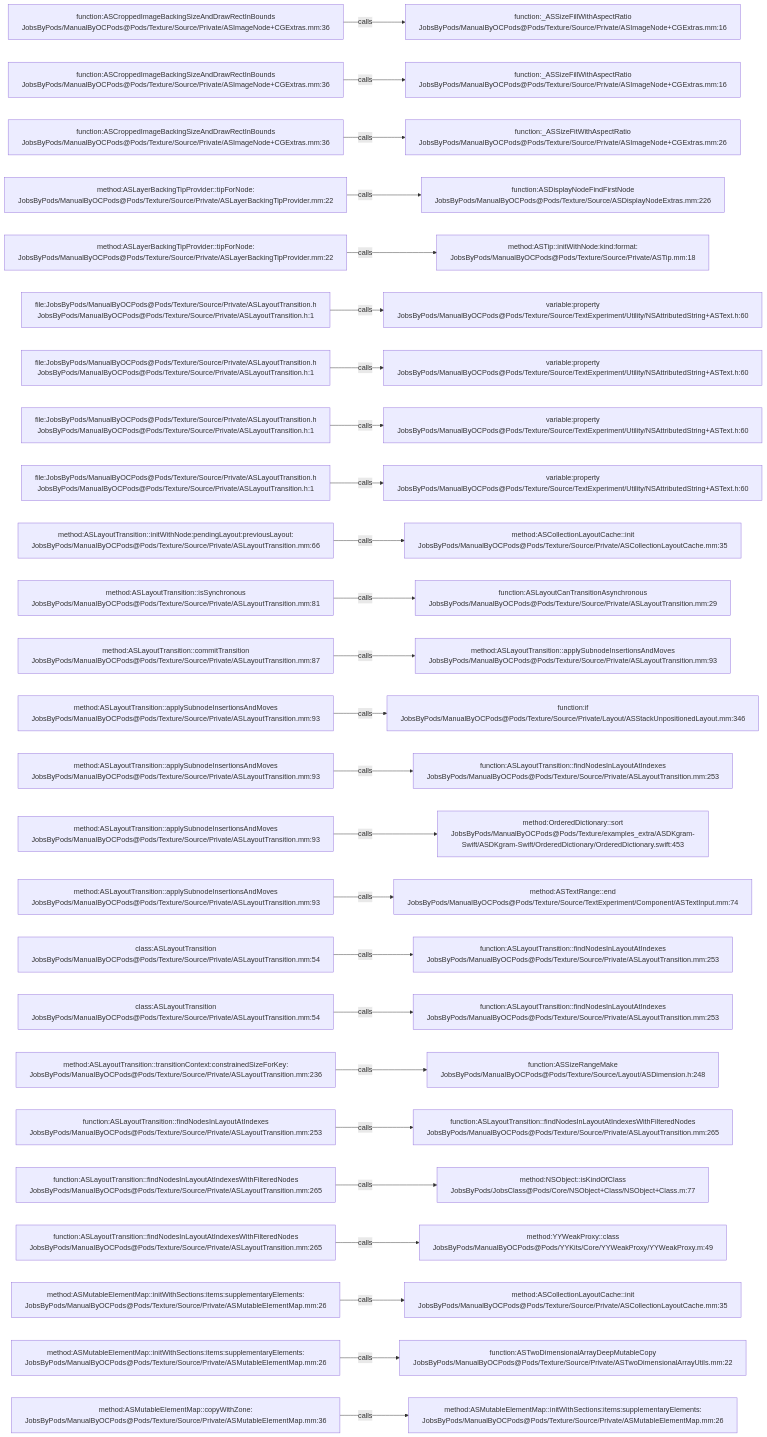
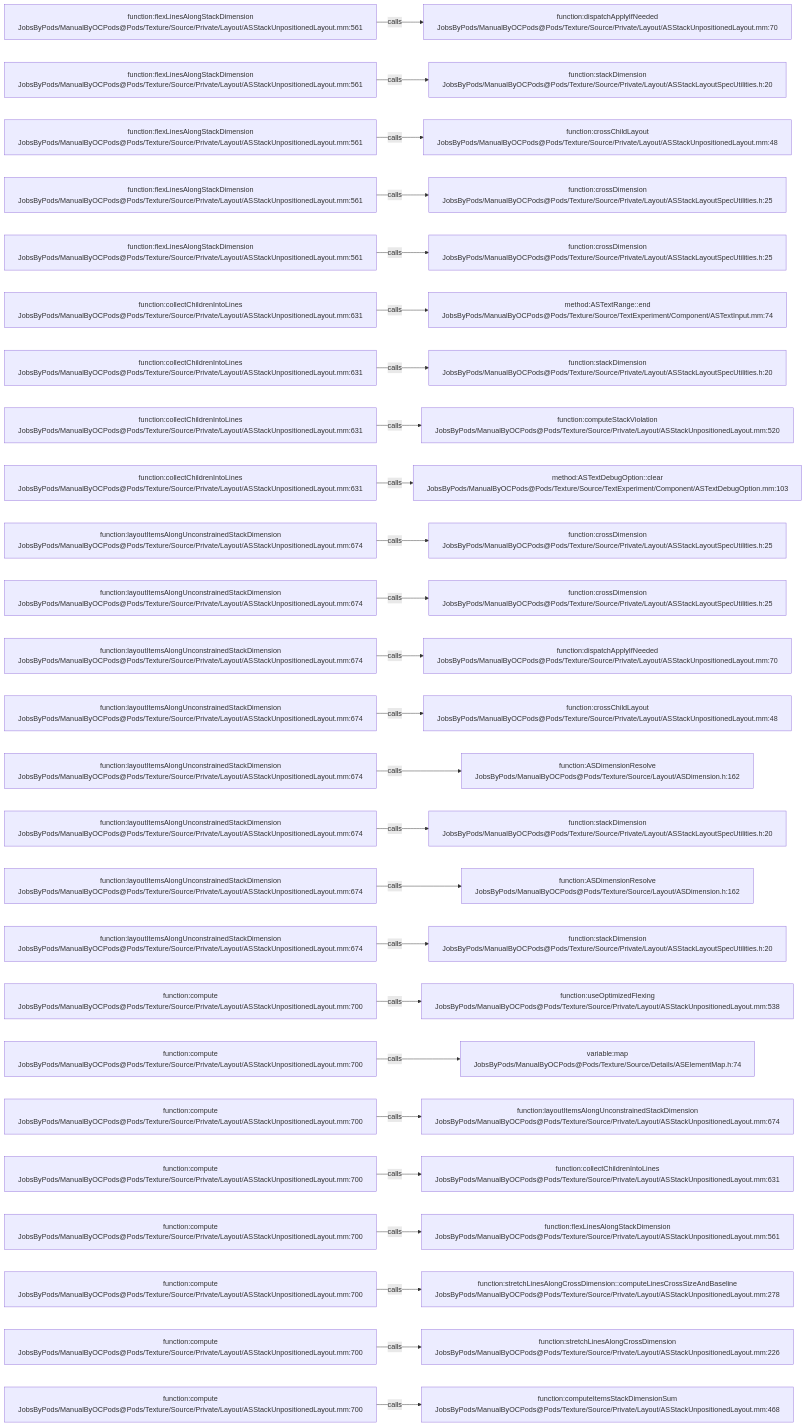
One commit to JobsKits/JobsOCBaseConfigDemo changed the diagram in .codegraph/codegraph.md/graphs/calls-198.md. Above: the diagram before and after it, drawn with Mermaid. The commit also changed 1223 other files, not shown here.

````diff
--- a/.codegraph/codegraph.md/graphs/calls-198.md
+++ b/.codegraph/codegraph.md/graphs/calls-198.md
@@ -13,78 +13,78 @@
 ```mermaid
 flowchart LR
-  S1["function:ASCroppedImageBackingSizeAndDrawRectInBounds<br/>JobsByPods/ManualByOCPods@Pods/Texture/Source/Private/ASImageNode+CGExtras.mm:36"]
-  T1["function:_ASSizeFillWithAspectRatio<br/>JobsByPods/ManualByOCPods@Pods/Texture/Source/Private/ASImageNode+CGExtras.mm:16"]
+  S1["function:flexLinesAlongStackDimension<br/>JobsByPods/ManualByOCPods@Pods/Texture/Source/Private/Layout/ASStackUnpositionedLayout.mm:561"]
+  T1["function:dispatchApplyIfNeeded<br/>JobsByPods/ManualByOCPods@Pods/Texture/Source/Private/Layout/ASStackUnpositionedLayout.mm:70"]
   S1 -->|calls| T1
-  S2["function:ASCroppedImageBackingSizeAndDrawRectInBounds<br/>JobsByPods/ManualByOCPods@Pods/Texture/Source/Private/ASImageNode+CGExtras.mm:36"]
-  T2["function:_ASSizeFillWithAspectRatio<br/>JobsByPods/ManualByOCPods@Pods/Texture/Source/Private/ASImageNode+CGExtras.mm:16"]
+  S2["function:flexLinesAlongStackDimension<br/>JobsByPods/ManualByOCPods@Pods/Texture/Source/Private/Layout/ASStackUnpositionedLayout.mm:561"]
+  T2["function:stackDimension<br/>JobsByPods/ManualByOCPods@Pods/Texture/Source/Private/Layout/ASStackLayoutSpecUtilities.h:20"]
   S2 -->|calls| T2
-  S3["function:ASCroppedImageBackingSizeAndDrawRectInBounds<br/>JobsByPods/ManualByOCPods@Pods/Texture/Source/Private/ASImageNode+CGExtras.mm:36"]
-  T3["function:_ASSizeFitWithAspectRatio<br/>JobsByPods/ManualByOCPods@Pods/Texture/Source/Private/ASImageNode+CGExtras.mm:26"]
+  S3["function:flexLinesAlongStackDimension<br/>JobsByPods/ManualByOCPods@Pods/Texture/Source/Private/Layout/ASStackUnpositionedLayout.mm:561"]
+  T3["function:crossChildLayout<br/>JobsByPods/ManualByOCPods@Pods/Texture/Source/Private/Layout/ASStackUnpositionedLayout.mm:48"]
   S3 -->|calls| T3
-  S4["method:ASLayerBackingTipProvider::tipForNode:<br/>JobsByPods/ManualByOCPods@Pods/Texture/Source/Private/ASLayerBackingTipProvider.mm:22"]
-  T4["function:ASDisplayNodeFindFirstNode<br/>JobsByPods/ManualByOCPods@Pods/Texture/Source/ASDisplayNodeExtras.mm:226"]
+  S4["function:flexLinesAlongStackDimension<br/>JobsByPods/ManualByOCPods@Pods/Texture/Source/Private/Layout/ASStackUnpositionedLayout.mm:561"]
+  T4["function:crossDimension<br/>JobsByPods/ManualByOCPods@Pods/Texture/Source/Private/Layout/ASStackLayoutSpecUtilities.h:25"]
   S4 -->|calls| T4
-  S5["method:ASLayerBackingTipProvider::tipForNode:<br/>JobsByPods/ManualByOCPods@Pods/Texture/Source/Private/ASLayerBackingTipProvider.mm:22"]
-  T5["method:ASTip::initWithNode:kind:format:<br/>JobsByPods/ManualByOCPods@Pods/Texture/Source/Private/ASTip.mm:18"]
+  S5["function:flexLinesAlongStackDimension<br/>JobsByPods/ManualByOCPods@Pods/Texture/Source/Private/Layout/ASStackUnpositionedLayout.mm:561"]
+  T5["function:crossDimension<br/>JobsByPods/ManualByOCPods@Pods/Texture/Source/Private/Layout/ASStackLayoutSpecUtilities.h:25"]
   S5 -->|calls| T5
-  S6["file:JobsByPods/ManualByOCPods@Pods/Texture/Source/Private/ASLayoutTransition.h<br/>JobsByPods/ManualByOCPods@Pods/Texture/Source/Private/ASLayoutTransition.h:1"]
-  T6["variable:property<br/>JobsByPods/ManualByOCPods@Pods/Texture/Source/TextExperiment/Utility/NSAttributedString+ASText.h:60"]
+  S6["function:collectChildrenIntoLines<br/>JobsByPods/ManualByOCPods@Pods/Texture/Source/Private/Layout/ASStackUnpositionedLayout.mm:631"]
+  T6["method:ASTextRange::end<br/>JobsByPods/ManualByOCPods@Pods/Texture/Source/TextExperiment/Component/ASTextInput.mm:74"]
   S6 -->|calls| T6
-  S7["file:JobsByPods/ManualByOCPods@Pods/Texture/Source/Private/ASLayoutTransition.h<br/>JobsByPods/ManualByOCPods@Pods/Texture/Source/Private/ASLayoutTransition.h:1"]
-  T7["variable:property<br/>JobsByPods/ManualByOCPods@Pods/Texture/Source/TextExperiment/Utility/NSAttributedString+ASText.h:60"]
+  S7["function:collectChildrenIntoLines<br/>JobsByPods/ManualByOCPods@Pods/Texture/Source/Private/Layout/ASStackUnpositionedLayout.mm:631"]
+  T7["function:stackDimension<br/>JobsByPods/ManualByOCPods@Pods/Texture/Source/Private/Layout/ASStackLayoutSpecUtilities.h:20"]
   S7 -->|calls| T7
-  S8["file:JobsByPods/ManualByOCPods@Pods/Texture/Source/Private/ASLayoutTransition.h<br/>JobsByPods/ManualByOCPods@Pods/Texture/Source/Private/ASLayoutTransition.h:1"]
-  T8["variable:property<br/>JobsByPods/ManualByOCPods@Pods/Texture/Source/TextExperiment/Utility/NSAttributedString+ASText.h:60"]
+  S8["function:collectChildrenIntoLines<br/>JobsByPods/ManualByOCPods@Pods/Texture/Source/Private/Layout/ASStackUnpositionedLayout.mm:631"]
+  T8["function:computeStackViolation<br/>JobsByPods/ManualByOCPods@Pods/Texture/Source/Private/Layout/ASStackUnpositionedLayout.mm:520"]
   S8 -->|calls| T8
-  S9["file:JobsByPods/ManualByOCPods@Pods/Texture/Source/Private/ASLayoutTransition.h<br/>JobsByPods/ManualByOCPods@Pods/Texture/Source/Private/ASLayoutTransition.h:1"]
-  T9["variable:property<br/>JobsByPods/ManualByOCPods@Pods/Texture/Source/TextExperiment/Utility/NSAttributedString+ASText.h:60"]
+  S9["function:collectChildrenIntoLines<br/>JobsByPods/ManualByOCPods@Pods/Texture/Source/Private/Layout/ASStackUnpositionedLayout.mm:631"]
+  T9["method:ASTextDebugOption::clear<br/>JobsByPods/ManualByOCPods@Pods/Texture/Source/TextExperiment/Component/ASTextDebugOption.mm:103"]
   S9 -->|calls| T9
-  S10["method:ASLayoutTransition::initWithNode:pendingLayout:previousLayout:<br/>JobsByPods/ManualByOCPods@Pods/Texture/Source/Private/ASLayoutTransition.mm:66"]
-  T10["method:ASCollectionLayoutCache::init<br/>JobsByPods/ManualByOCPods@Pods/Texture/Source/Private/ASCollectionLayoutCache.mm:35"]
+  S10["function:layoutItemsAlongUnconstrainedStackDimension<br/>JobsByPods/ManualByOCPods@Pods/Texture/Source/Private/Layout/ASStackUnpositionedLayout.mm:674"]
+  T10["function:crossDimension<br/>JobsByPods/ManualByOCPods@Pods/Texture/Source/Private/Layout/ASStackLayoutSpecUtilities.h:25"]
   S10 -->|calls| T10
-  S11["method:ASLayoutTransition::isSynchronous<br/>JobsByPods/ManualByOCPods@Pods/Texture/Source/Private/ASLayoutTransition.mm:81"]
-  T11["function:ASLayoutCanTransitionAsynchronous<br/>JobsByPods/ManualByOCPods@Pods/Texture/Source/Private/ASLayoutTransition.mm:29"]
+  S11["function:layoutItemsAlongUnconstrainedStackDimension<br/>JobsByPods/ManualByOCPods@Pods/Texture/Source/Private/Layout/ASStackUnpositionedLayout.mm:674"]
+  T11["function:crossDimension<br/>JobsByPods/ManualByOCPods@Pods/Texture/Source/Private/Layout/ASStackLayoutSpecUtilities.h:25"]
   S11 -->|calls| T11
-  S12["method:ASLayoutTransition::commitTransition<br/>JobsByPods/ManualByOCPods@Pods/Texture/Source/Private/ASLayoutTransition.mm:87"]
-  T12["method:ASLayoutTransition::applySubnodeInsertionsAndMoves<br/>JobsByPods/ManualByOCPods@Pods/Texture/Source/Private/ASLayoutTransition.mm:93"]
+  S12["function:layoutItemsAlongUnconstrainedStackDimension<br/>JobsByPods/ManualByOCPods@Pods/Texture/Source/Private/Layout/ASStackUnpositionedLayout.mm:674"]
+  T12["function:dispatchApplyIfNeeded<br/>JobsByPods/ManualByOCPods@Pods/Texture/Source/Private/Layout/ASStackUnpositionedLayout.mm:70"]
   S12 -->|calls| T12
-  S13["method:ASLayoutTransition::applySubnodeInsertionsAndMoves<br/>JobsByPods/ManualByOCPods@Pods/Texture/Source/Private/ASLayoutTransition.mm:93"]
-  T13["function:if<br/>JobsByPods/ManualByOCPods@Pods/Texture/Source/Private/Layout/ASStackUnpositionedLayout.mm:346"]
+  S13["function:layoutItemsAlongUnconstrainedStackDimension<br/>JobsByPods/ManualByOCPods@Pods/Texture/Source/Private/Layout/ASStackUnpositionedLayout.mm:674"]
+  T13["function:crossChildLayout<br/>JobsByPods/ManualByOCPods@Pods/Texture/Source/Private/Layout/ASStackUnpositionedLayout.mm:48"]
   S13 -->|calls| T13
-  S14["method:ASLayoutTransition::applySubnodeInsertionsAndMoves<br/>JobsByPods/ManualByOCPods@Pods/Texture/Source/Private/ASLayoutTransition.mm:93"]
-  T14["function:ASLayoutTransition::findNodesInLayoutAtIndexes<br/>JobsByPods/ManualByOCPods@Pods/Texture/Source/Private/ASLayoutTransition.mm:253"]
+  S14["function:layoutItemsAlongUnconstrainedStackDimension<br/>JobsByPods/ManualByOCPods@Pods/Texture/Source/Private/Layout/ASStackUnpositionedLayout.mm:674"]
+  T14["function:ASDimensionResolve<br/>JobsByPods/ManualByOCPods@Pods/Texture/Source/Layout/ASDimension.h:162"]
   S14 -->|calls| T14
-  S15["method:ASLayoutTransition::applySubnodeInsertionsAndMoves<br/>JobsByPods/ManualByOCPods@Pods/Texture/Source/Private/ASLayoutTransition.mm:93"]
-  T15["method:OrderedDictionary::sort<br/>JobsByPods/ManualByOCPods@Pods/Texture/examples_extra/ASDKgram-Swift/ASDKgram-Swift/OrderedDictionary/OrderedDictionary.swift:453"]
+  S15["function:layoutItemsAlongUnconstrainedStackDimension<br/>JobsByPods/ManualByOCPods@Pods/Texture/Source/Private/Layout/ASStackUnpositionedLayout.mm:674"]
+  T15["function:stackDimension<br/>JobsByPods/ManualByOCPods@Pods/Texture/Source/Private/Layout/ASStackLayoutSpecUtilities.h:20"]
   S15 -->|calls| T15
-  S16["method:ASLayoutTransition::applySubnodeInsertionsAndMoves<br/>JobsByPods/ManualByOCPods@Pods/Texture/Source/Private/ASLayoutTransition.mm:93"]
-  T16["method:ASTextRange::end<br/>JobsByPods/ManualByOCPods@Pods/Texture/Source/TextExperiment/Component/ASTextInput.mm:74"]
+  S16["function:layoutItemsAlongUnconstrainedStackDimension<br/>JobsByPods/ManualByOCPods@Pods/Texture/Source/Private/Layout/ASStackUnpositionedLayout.mm:674"]
+  T16["function:ASDimensionResolve<br/>JobsByPods/ManualByOCPods@Pods/Texture/Source/Layout/ASDimension.h:162"]
   S16 -->|calls| T16
-  S17["class:ASLayoutTransition<br/>JobsByPods/ManualByOCPods@Pods/Texture/Source/Private/ASLayoutTransition.mm:54"]
-  T17["function:ASLayoutTransition::findNodesInLayoutAtIndexes<br/>JobsByPods/ManualByOCPods@Pods/Texture/Source/Private/ASLayoutTransition.mm:253"]
+  S17["function:layoutItemsAlongUnconstrainedStackDimension<br/>JobsByPods/ManualByOCPods@Pods/Texture/Source/Private/Layout/ASStackUnpositionedLayout.mm:674"]
+  T17["function:stackDimension<br/>JobsByPods/ManualByOCPods@Pods/Texture/Source/Private/Layout/ASStackLayoutSpecUtilities.h:20"]
   S17 -->|calls| T17
-  S18["class:ASLayoutTransition<br/>JobsByPods/ManualByOCPods@Pods/Texture/Source/Private/ASLayoutTransition.mm:54"]
-  T18["function:ASLayoutTransition::findNodesInLayoutAtIndexes<br/>JobsByPods/ManualByOCPods@Pods/Texture/Source/Private/ASLayoutTransition.mm:253"]
+  S18["function:compute<br/>JobsByPods/ManualByOCPods@Pods/Texture/Source/Private/Layout/ASStackUnpositionedLayout.mm:700"]
+  T18["function:useOptimizedFlexing<br/>JobsByPods/ManualByOCPods@Pods/Texture/Source/Private/Layout/ASStackUnpositionedLayout.mm:538"]
   S18 -->|calls| T18
-  S19["method:ASLayoutTransition::transitionContext:constrainedSizeForKey:<br/>JobsByPods/ManualByOCPods@Pods/Texture/Source/Private/ASLayoutTransition.mm:236"]
-  T19["function:ASSizeRangeMake<br/>JobsByPods/ManualByOCPods@Pods/Texture/Source/Layout/ASDimension.h:248"]
+  S19["function:compute<br/>JobsByPods/ManualByOCPods@Pods/Texture/Source/Private/Layout/ASStackUnpositionedLayout.mm:700"]
+  T19["variable:map<br/>JobsByPods/ManualByOCPods@Pods/Texture/Source/Details/ASElementMap.h:74"]
   S19 -->|calls| T19
-  S20["function:ASLayoutTransition::findNodesInLayoutAtIndexes<br/>JobsByPods/ManualByOCPods@Pods/Texture/Source/Private/ASLayoutTransition.mm:253"]
-  T20["function:ASLayoutTransition::findNodesInLayoutAtIndexesWithFilteredNodes<br/>JobsByPods/ManualByOCPods@Pods/Texture/Source/Private/ASLayoutTransition.mm:265"]
+  S20["function:compute<br/>JobsByPods/ManualByOCPods@Pods/Texture/Source/Private/Layout/ASStackUnpositionedLayout.mm:700"]
+  T20["function:layoutItemsAlongUnconstrainedStackDimension<br/>JobsByPods/ManualByOCPods@Pods/Texture/Source/Private/Layout/ASStackUnpositionedLayout.mm:674"]
   S20 -->|calls| T20
-  S21["function:ASLayoutTransition::findNodesInLayoutAtIndexesWithFilteredNodes<br/>JobsByPods/ManualByOCPods@Pods/Texture/Source/Private/ASLayoutTransition.mm:265"]
-  T21["method:NSObject::isKindOfClass<br/>JobsByPods/JobsClass@Pods/Core/NSObject+Class/NSObject+Class.m:77"]
+  S21["function:compute<br/>JobsByPods/ManualByOCPods@Pods/Texture/Source/Private/Layout/ASStackUnpositionedLayout.mm:700"]
+  T21["function:collectChildrenIntoLines<br/>JobsByPods/ManualByOCPods@Pods/Texture/Source/Private/Layout/ASStackUnpositionedLayout.mm:631"]
   S21 -->|calls| T21
-  S22["function:ASLayoutTransition::findNodesInLayoutAtIndexesWithFilteredNodes<br/>JobsByPods/ManualByOCPods@Pods/Texture/Source/Private/ASLayoutTransition.mm:265"]
-  T22["method:YYWeakProxy::class<br/>JobsByPods/ManualByOCPods@Pods/YYKits/Core/YYWeakProxy/YYWeakProxy.m:49"]
+  S22["function:compute<br/>JobsByPods/ManualByOCPods@Pods/Texture/Source/Private/Layout/ASStackUnpositionedLayout.mm:700"]
+  T22["function:flexLinesAlongStackDimension<br/>JobsByPods/ManualByOCPods@Pods/Texture/Source/Private/Layout/ASStackUnpositionedLayout.mm:561"]
   S22 -->|calls| T22
-  S23["method:ASMutableElementMap::initWithSections:items:supplementaryElements:<br/>JobsByPods/ManualByOCPods@Pods/Texture/Source/Private/ASMutableElementMap.mm:26"]
-  T23["method:ASCollectionLayoutCache::init<br/>JobsByPods/ManualByOCPods@Pods/Texture/Source/Private/ASCollectionLayoutCache.mm:35"]
+  S23["function:compute<br/>JobsByPods/ManualByOCPods@Pods/Texture/Source/Private/Layout/ASStackUnpositionedLayout.mm:700"]
+  T23["function:stretchLinesAlongCrossDimension::computeLinesCrossSizeAndBaseline<br/>JobsByPods/ManualByOCPods@Pods/Texture/Source/Private/Layout/ASStackUnpositionedLayout.mm:278"]
   S23 -->|calls| T23
-  S24["method:ASMutableElementMap::initWithSections:items:supplementaryElements:<br/>JobsByPods/ManualByOCPods@Pods/Texture/Source/Private/ASMutableElementMap.mm:26"]
-  T24["function:ASTwoDimensionalArrayDeepMutableCopy<br/>JobsByPods/ManualByOCPods@Pods/Texture/Source/Private/ASTwoDimensionalArrayUtils.mm:22"]
+  S24["function:compute<br/>JobsByPods/ManualByOCPods@Pods/Texture/Source/Private/Layout/ASStackUnpositionedLayout.mm:700"]
+  T24["function:stretchLinesAlongCrossDimension<br/>JobsByPods/ManualByOCPods@Pods/Texture/Source/Private/Layout/ASStackUnpositionedLayout.mm:226"]
   S24 -->|calls| T24
-  S25["method:ASMutableElementMap::copyWithZone:<br/>JobsByPods/ManualByOCPods@Pods/Texture/Source/Private/ASMutableElementMap.mm:36"]
-  T25["method:ASMutableElementMap::initWithSections:items:supplementaryElements:<br/>JobsByPods/ManualByOCPods@Pods/Texture/Source/Private/ASMutableElementMap.mm:26"]
+  S25["function:compute<br/>JobsByPods/ManualByOCPods@Pods/Texture/Source/Private/Layout/ASStackUnpositionedLayout.mm:700"]
+  T25["function:computeItemsStackDimensionSum<br/>JobsByPods/ManualByOCPods@Pods/Texture/Source/Private/Layout/ASStackUnpositionedLayout.mm:468"]
   S25 -->|calls| T25
 ```
````
